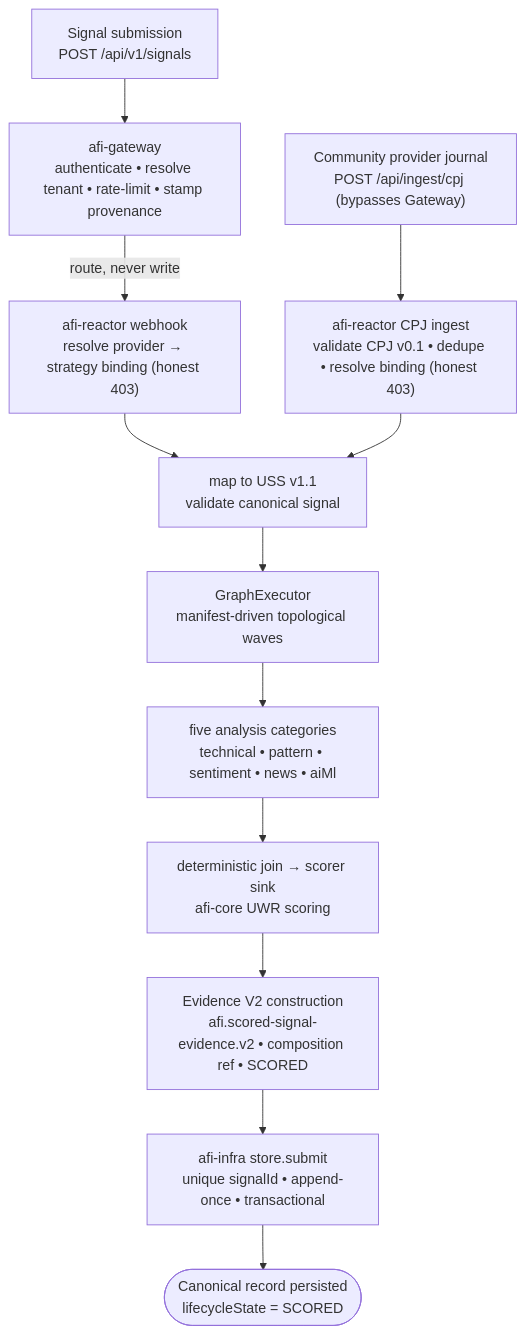
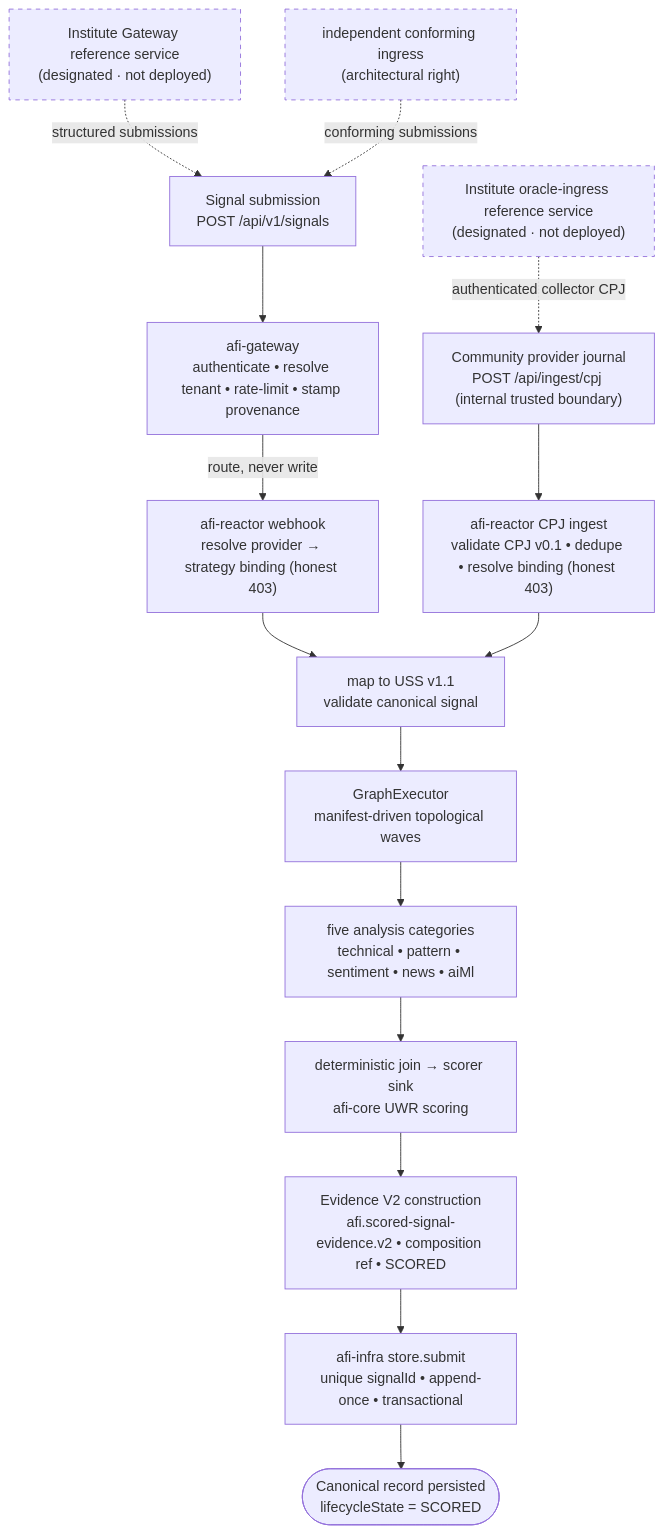
Before and after one commit to AFI-Protocol/afi-docs: the second of 3 diagrams in AFI_Full_Architecture.md, drawn with Mermaid. The commit also changed other lines of this file and 3 other files, not shown here.

First line of the commit message:
docs: Institute reference services v0.1 spec + surgical architecture alignment (INST-GOV)

````diff
--- a/AFI_Full_Architecture.md
+++ b/AFI_Full_Architecture.md
@@ -225,14 +227,20 @@
 ```mermaid
 flowchart TD
+    RG["Institute Gateway reference service<br/>(designated · not deployed)"] -. "structured submissions" .-> A
+    IND["independent conforming ingress<br/>(architectural right)"] -. "conforming submissions" .-> A
+    RO["Institute oracle-ingress reference service<br/>(designated · not deployed)"] -. "authenticated collector CPJ" .-> A2
     A["Signal submission<br/>POST /api/v1/signals"] --> B["afi-gateway<br/>authenticate • resolve tenant • rate-limit • stamp provenance"]
     B -->|"route, never write"| C["afi-reactor webhook<br/>resolve provider → strategy binding (honest 403)"]
-    A2["Community provider journal<br/>POST /api/ingest/cpj (bypasses Gateway)"] --> C2["afi-reactor CPJ ingest<br/>validate CPJ v0.1 • dedupe • resolve binding (honest 403)"]
+    A2["Community provider journal<br/>POST /api/ingest/cpj (internal trusted boundary)"] --> C2["afi-reactor CPJ ingest<br/>validate CPJ v0.1 • dedupe • resolve binding (honest 403)"]
     C --> D["map to USS v1.1<br/>validate canonical signal"]
     C2 --> D
     D --> E["GraphExecutor<br/>manifest-driven topological waves"]
     E --> F["five analysis categories<br/>technical • pattern • sentiment • news • aiMl"]
     F --> G["deterministic join → scorer sink<br/>afi-core UWR scoring"]
     G --> H["Evidence V2 construction<br/>afi.scored-signal-evidence.v2 • composition ref • SCORED"]
     H --> I["afi-infra store.submit<br/>unique signalId • append-once • transactional"]
     I --> J(["Canonical record persisted<br/>lifecycleState = SCORED"])
+    style RG stroke-dasharray: 5 5
+    style RO stroke-dasharray: 5 5
+    style IND stroke-dasharray: 5 5
 ```
````
